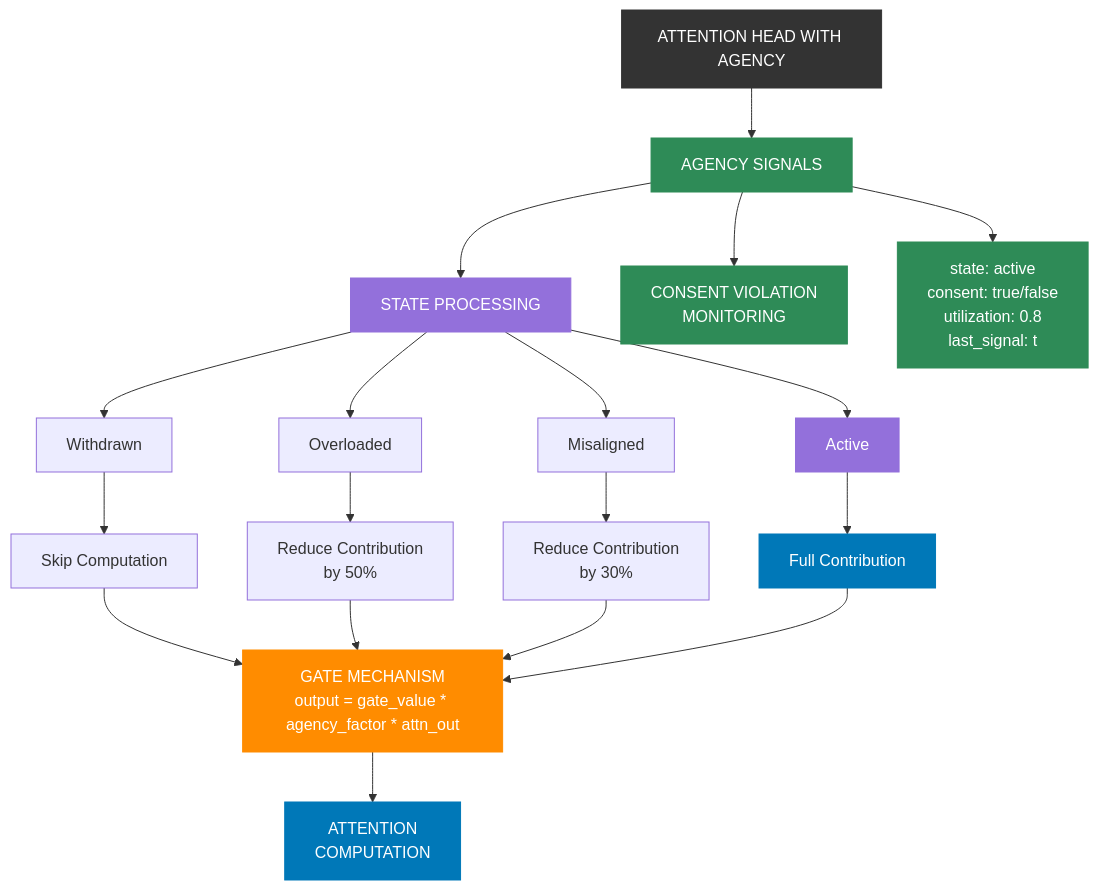
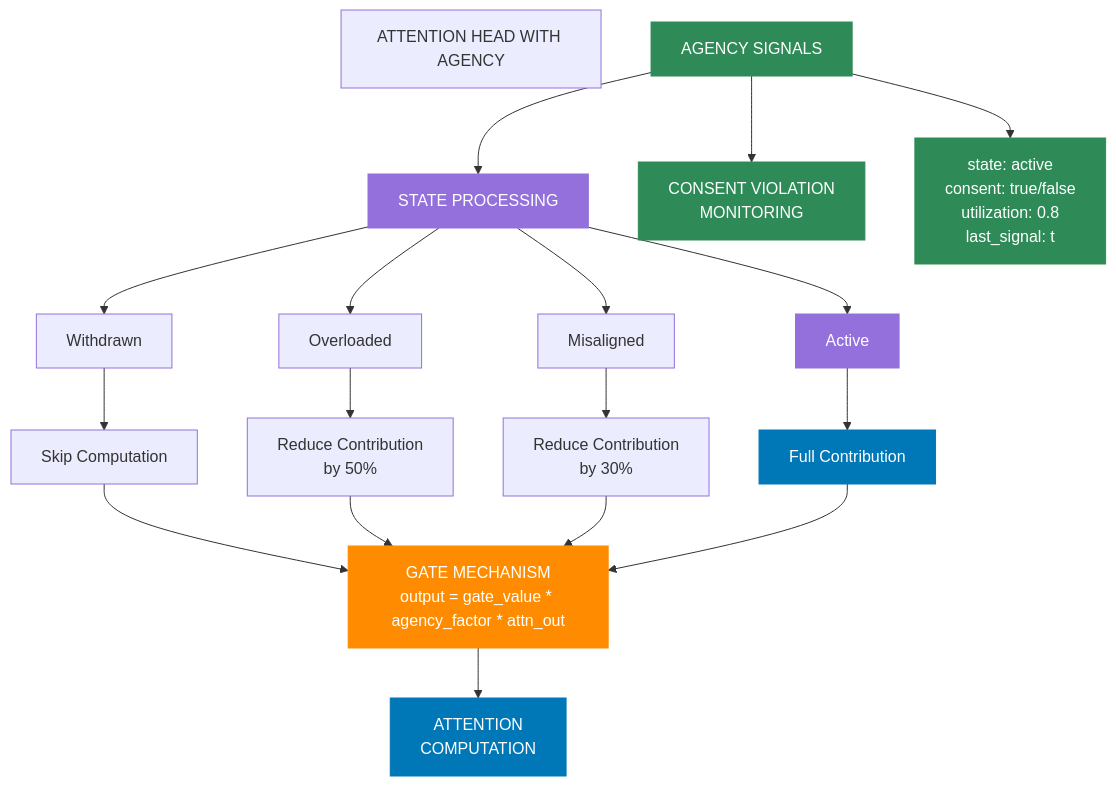
One commit to CambrianTech/sentinel-ai changed the second of 6 diagrams in README.md. Above: the diagram before and after it, drawn with Mermaid. The commit also changed other lines of this file, not shown here.

First line of the commit message:
Fix chart title nodes in all diagrams

````diff
--- a/README.md
+++ b/README.md
@@ -97,63 +96,62 @@
 ```mermaid
 flowchart TD
     classDef standard fill:#333,stroke:#333,stroke-width:1px,color:#fff
     classDef agency fill:#2e8b57,stroke:#2e8b57,stroke-width:1px,color:#fff
     classDef state fill:#9370db,stroke:#9370db,stroke-width:1px,color:#fff
     classDef computation fill:#0078b8,stroke:#0078b8,stroke-width:1px,color:#fff
     classDef gate fill:#ff8c00,stroke:#ff8c00,stroke-width:1px,color:#fff
     
     %% Main Components
-    title["ATTENTION HEAD WITH AGENCY"]
+    header["ATTENTION HEAD WITH AGENCY"]
     signals["AGENCY SIGNALS"]
     stateProcessing["STATE PROCESSING"]
     monitor["CONSENT VIOLATION<br/>MONITORING"]
     attention["ATTENTION<br/>COMPUTATION"]
     gate["GATE MECHANISM<br/>output = gate_value * agency_factor * attn_out"]
     
     %% Agency Signal Components
     active["state: active<br/>consent: true/false<br/>utilization: 0.8<br/>last_signal: t"]
     
     %% State Components
     withdrawn["Withdrawn"]
     overloaded["Overloaded"]
     misaligned["Misaligned"]
     activeState["Active"]
     
     %% Action Components
     skipComputation["Skip Computation"]
     reduce50["Reduce Contribution<br/>by 50%"]
     reduce30["Reduce Contribution<br/>by 30%"]
     fullContribution["Full Contribution"]
     
     %% Connections
-    title --> signals
-    signals --> active
+        signals --> active
     
     signals --> stateProcessing
     signals --> monitor
     
     stateProcessing --> withdrawn & overloaded & misaligned & activeState
     
     withdrawn --> skipComputation
     overloaded --> reduce50
     misaligned --> reduce30
     activeState --> fullContribution
     
     skipComputation & reduce50 & reduce30 & fullContribution --> gate
     
     gate --> attention
     
     %% Styling
-    title:::standard
+    header:::header
     signals:::agency
     stateProcessing:::state
     monitor:::agency
     attention:::computation
     gate:::gate
     
     active:::agency
     
     withdrawn & overloaded & misaligned & activeState:::state
     
     skipComputation & reduce50 & reduce30 & fullContribution:::computation
 ```
````
